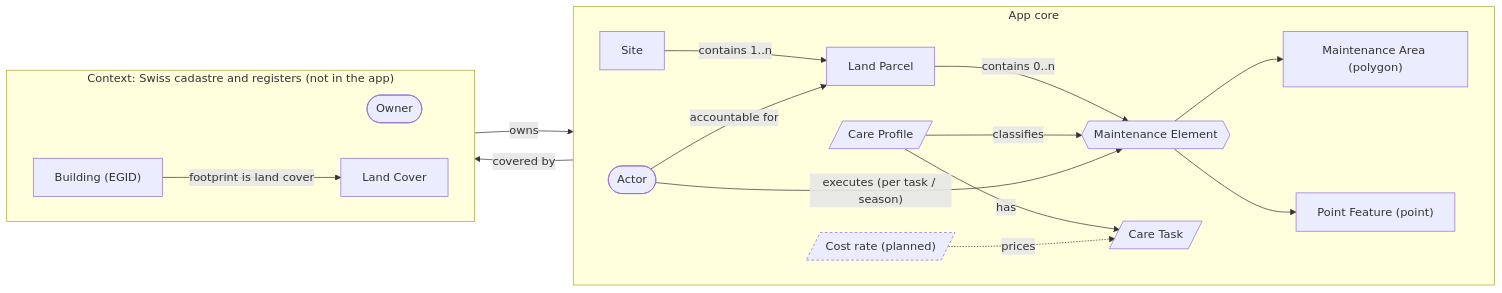
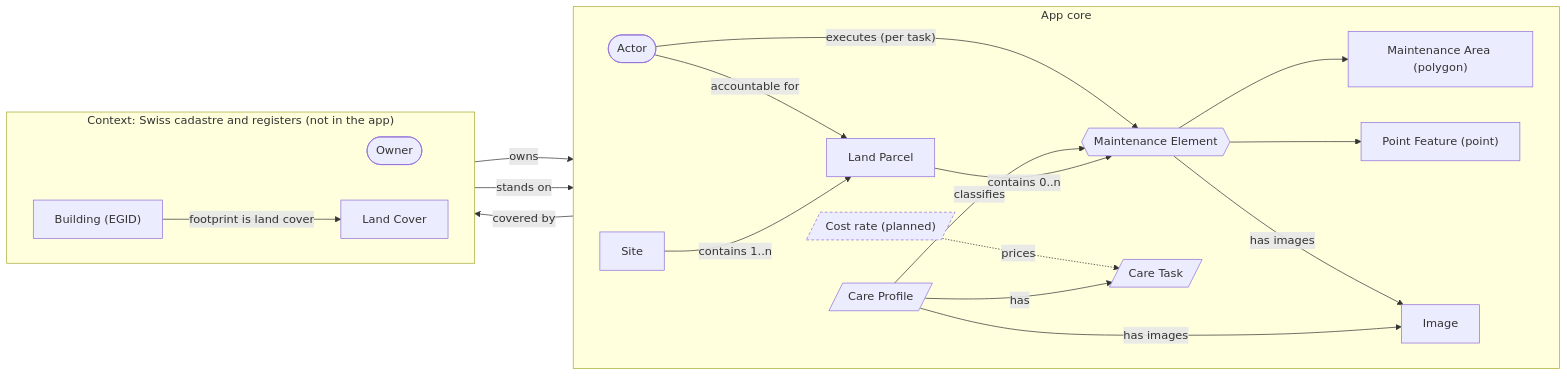
One commit to bbl-dres/green-inventory changed the first of 2 diagrams in prototype-main/docs/DATAMODEL.md. Above: the diagram before and after it, drawn with Mermaid. The commit also changed other lines of this file, not shown here.

````diff
--- a/prototype-main/docs/DATAMODEL.md
+++ b/prototype-main/docs/DATAMODEL.md
@@ -53,35 +54,39 @@
 ```mermaid
 flowchart LR
     subgraph CORE["App core"]
         direction LR
         Site["Site"]
         Parcel["Land Parcel"]
         ME{{"Maintenance Element"}}
         Area["Maintenance Area (polygon)"]
         Point["Point Feature (point)"]
         Profile[/"Care Profile"/]
         Task[/"Care Task"/]
         Cost[/"Cost rate (planned)"/]
         Actor(["Actor"])
+        Img["Image"]
         Site -->|"contains 1..n"| Parcel
         Parcel -->|"contains 0..n"| ME
         ME --> Area
         ME --> Point
         Profile -->|classifies| ME
         Profile -->|has| Task
         Cost -.->|prices| Task
-        Actor -->|"executes (per task / season)"| ME
+        Actor -->|"executes (per task)"| ME
         Actor -->|"accountable for"| Parcel
+        Profile -->|"has images"| Img
+        ME -->|"has images"| Img
     end
     subgraph CTX["Context: Swiss cadastre and registers (not in the app)"]
         direction LR
         Owner(["Owner"])
         Cover["Land Cover"]
         Bldg["Building (EGID)"]
     end
     Owner -->|owns| Parcel
     Parcel -->|"covered by"| Cover
     Bldg -->|"footprint is land cover"| Cover
+    Bldg -->|"stands on"| Parcel
     classDef planned stroke-dasharray:4 3;
     class Cost planned;
 ```
````
